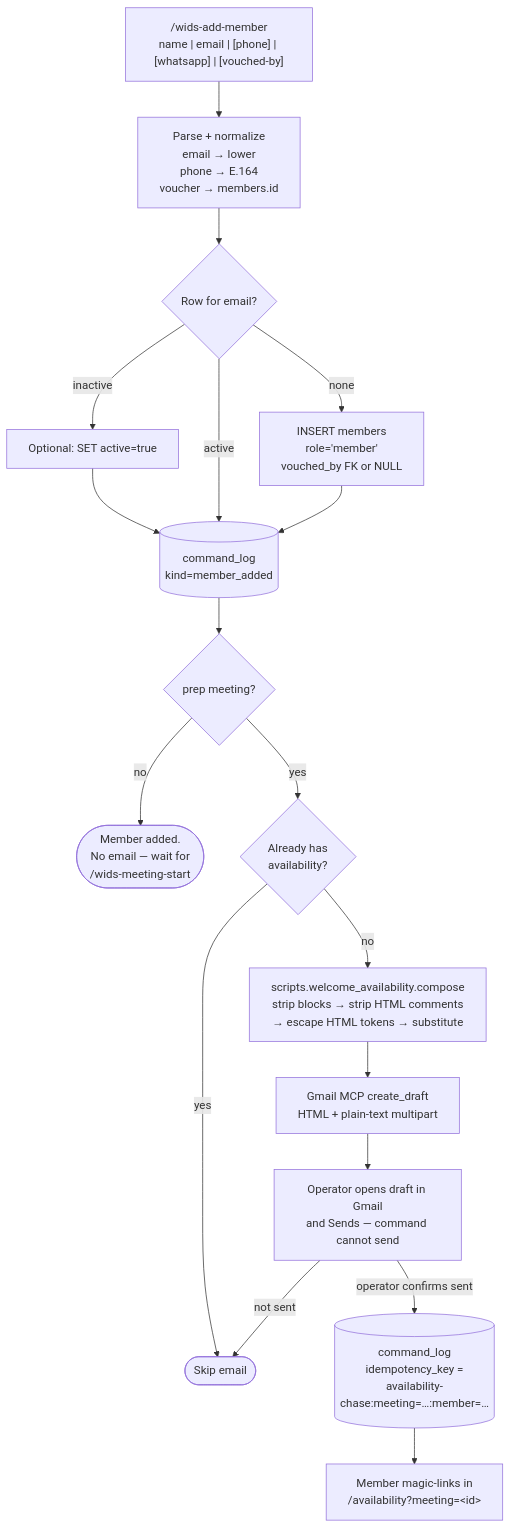
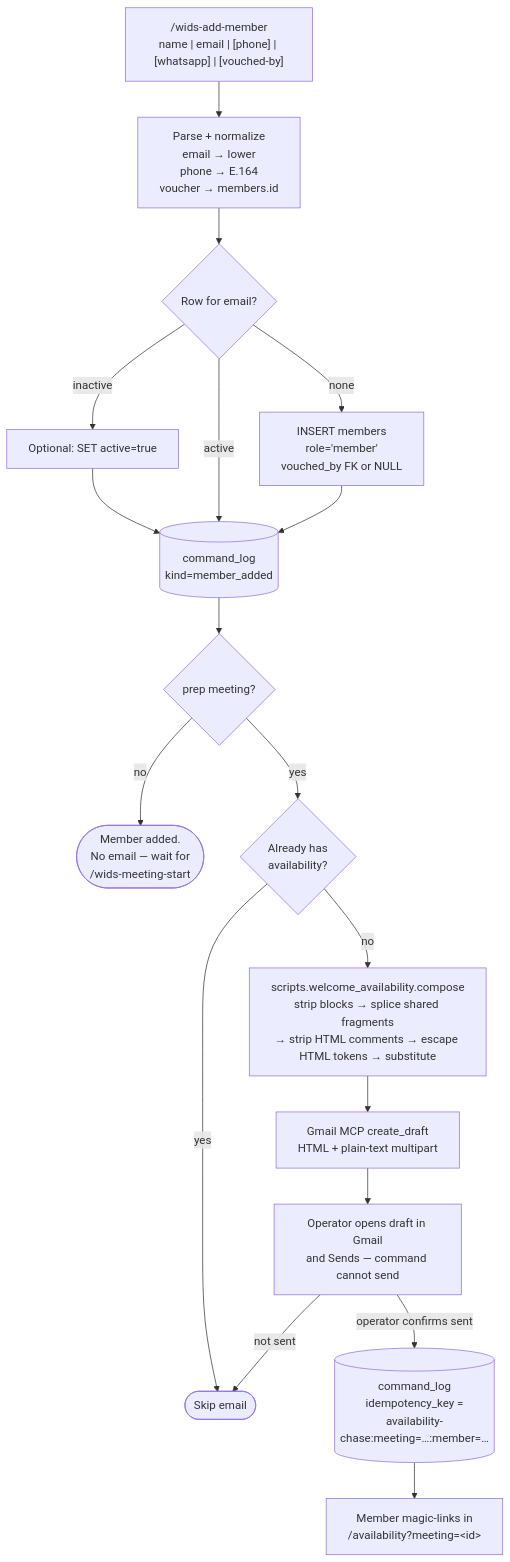
One commit to mrojas54/wids-nyc-reading-group-assistant changed the diagram in docs/welcome-availability-flow.md. Above: the diagram before and after it, drawn with Mermaid. The commit also changed other lines of this file and 6 other files, not shown here.

````diff
--- a/docs/welcome-availability-flow.md
+++ b/docs/welcome-availability-flow.md
@@ -24,31 +24,31 @@
 ```mermaid
 flowchart TD
   invoke["/wids-add-member<br/>name | email | [phone] | [whatsapp] | [vouched-by]"]
   parse["Parse + normalize<br/>email → lower<br/>phone → E.164<br/>voucher → members.id"]
   existing{Row for email?}
   insert["INSERT members<br/>role='member'<br/>vouched_by FK or NULL"]
   reactivate["Optional: SET active=true"]
   log_add[(command_log<br/>kind=member_added)]
   prep{prep meeting?}
   stop_ok([Member added.<br/>No email — wait for<br/>/wids-meeting-start])
   has_av{Already has<br/>availability?}
   skip_mail([Skip email])
-  compose["scripts.welcome_availability.compose<br/>strip blocks → strip HTML comments<br/>→ escape HTML tokens → substitute"]
+  compose["scripts.welcome_availability.compose<br/>strip blocks → splice shared fragments<br/>→ strip HTML comments → escape HTML tokens → substitute"]
   draft["Gmail MCP create_draft<br/>HTML + plain-text multipart"]
   handoff["Operator opens draft in Gmail<br/>and Sends — command cannot send"]
   log_send[(command_log<br/>idempotency_key =<br/>availability-chase:meeting=…:member=…)]
   member["Member magic-links in<br/>/availability?meeting=&lt;id&gt;"]
 
   invoke --> parse --> existing
   existing -->|inactive| reactivate --> log_add
   existing -->|active| log_add
   existing -->|none| insert --> log_add
   log_add --> prep
   prep -->|no| stop_ok
   prep -->|yes| has_av
   has_av -->|yes| skip_mail
   has_av -->|no| compose --> draft --> handoff
   handoff -->|operator confirms sent| log_send
   handoff -->|not sent| skip_mail
   log_send --> member
 ```
````
